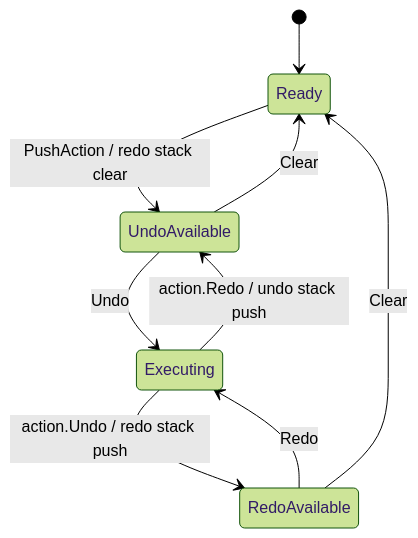
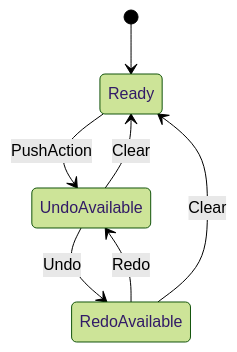
One commit to MinMax25/libQB changed the sixth of 6 diagrams in docs/Architecture.md. Above: the diagram before and after it, drawn with Mermaid (forest theme). The commit also changed other lines of this file and 3 other files, not shown here.

````diff
--- a/docs/Architecture.md
+++ b/docs/Architecture.md
@@ -166,11 +141,9 @@
 ```mermaid
 stateDiagram-v2
     [*] --> Ready
-    Ready --> UndoAvailable: PushAction / redo stack clear
-    UndoAvailable --> Executing: Undo
-    Executing --> RedoAvailable: action.Undo / redo stack push
-    RedoAvailable --> Executing: Redo
-    Executing --> UndoAvailable: action.Redo / undo stack push
+    Ready --> UndoAvailable: PushAction
+    UndoAvailable --> RedoAvailable: Undo
+    RedoAvailable --> UndoAvailable: Redo
     UndoAvailable --> Ready: Clear
     RedoAvailable --> Ready: Clear
 ```
````
